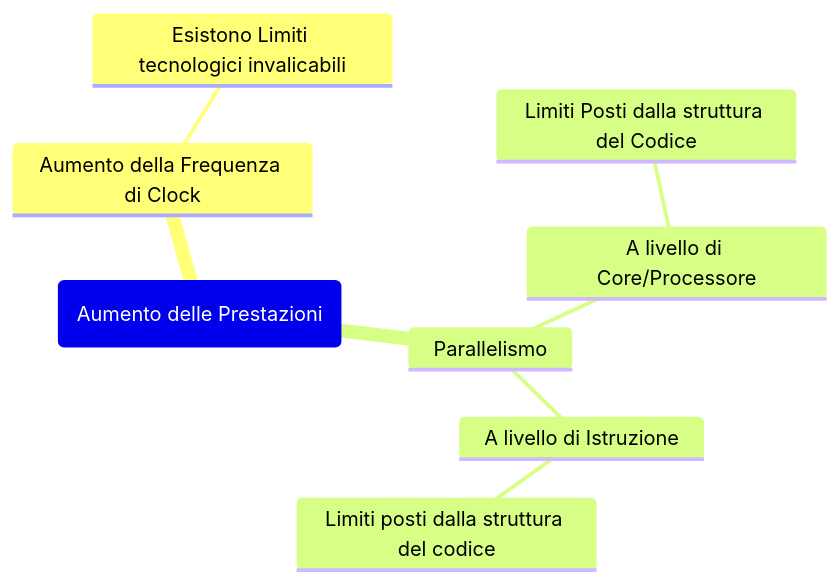
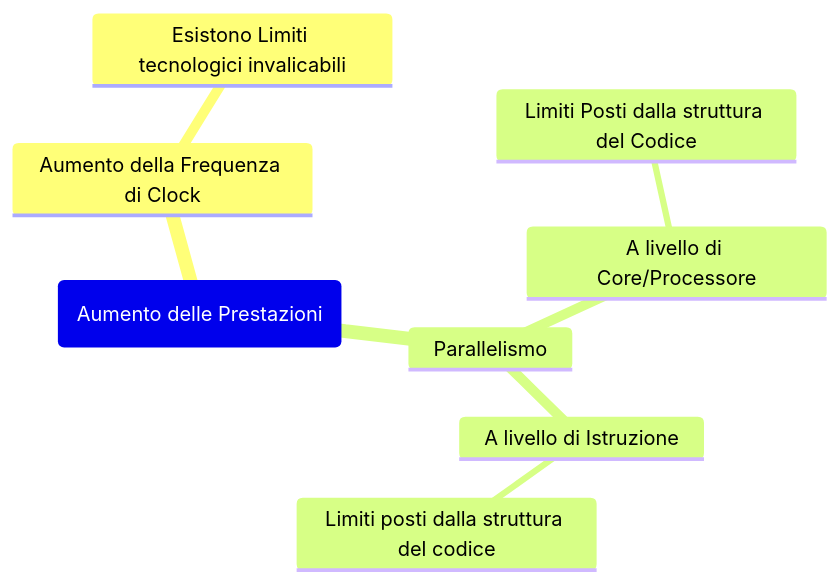
One commit to delpiter/Git-Obsidian changed the diagram in Git-Obsidian/Architettura degli Elaboratori/Architetture a Confronto/Tipologie di Architetture.md. Above: the diagram before and after it, drawn with Mermaid. The commit also changed 2 other files, not shown here.

Commit message:
vault backup: 2024-06-17 09:14:17

````diff
--- a/Git-Obsidian/Architettura degli Elaboratori/Architetture a Confronto/Tipologie di Architetture.md
+++ b/Git-Obsidian/Architettura degli Elaboratori/Architetture a Confronto/Tipologie di Architetture.md
@@ -61,18 +61,11 @@
 ```mermaid
 mindmap
 root(Aumento delle Prestazioni)
-
-    Aumento della Frequenza di Clock
-
-      Esistono Limiti tecnologici invalicabili
-
-    Parallelismo
-
-        A livello di Istruzione
-
-            Limiti posti dalla struttura del codice
-
-        A livello di Core/Processore
-
-            Limiti Posti dalla struttura del Codice
+	Aumento della Frequenza di Clock
+		Esistono Limiti tecnologici invalicabili
+	Parallelismo
+		A livello di Istruzione
+			Limiti posti dalla struttura del codice
+		A livello di Core/Processore
+			Limiti Posti dalla struttura del Codice
 ```
````
